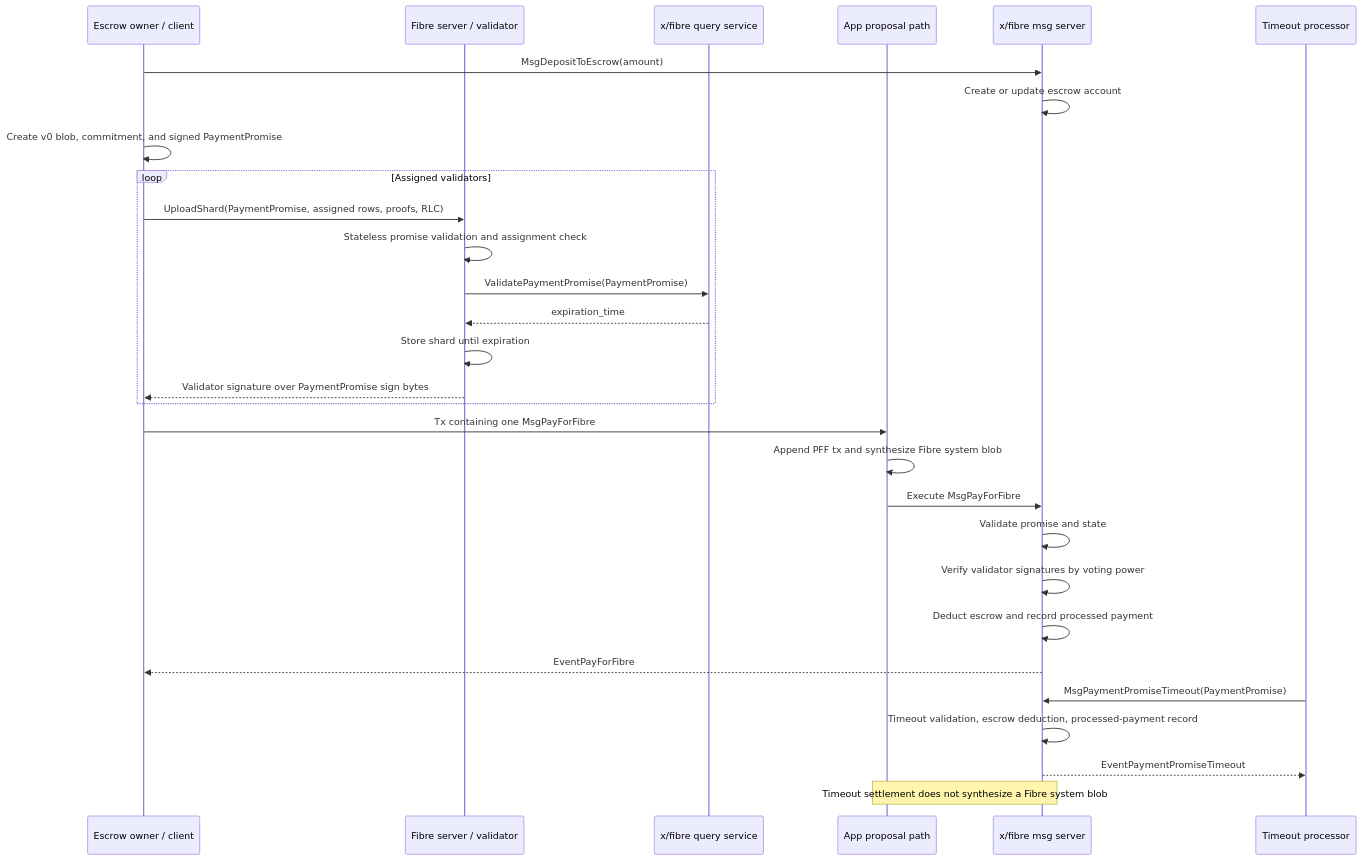
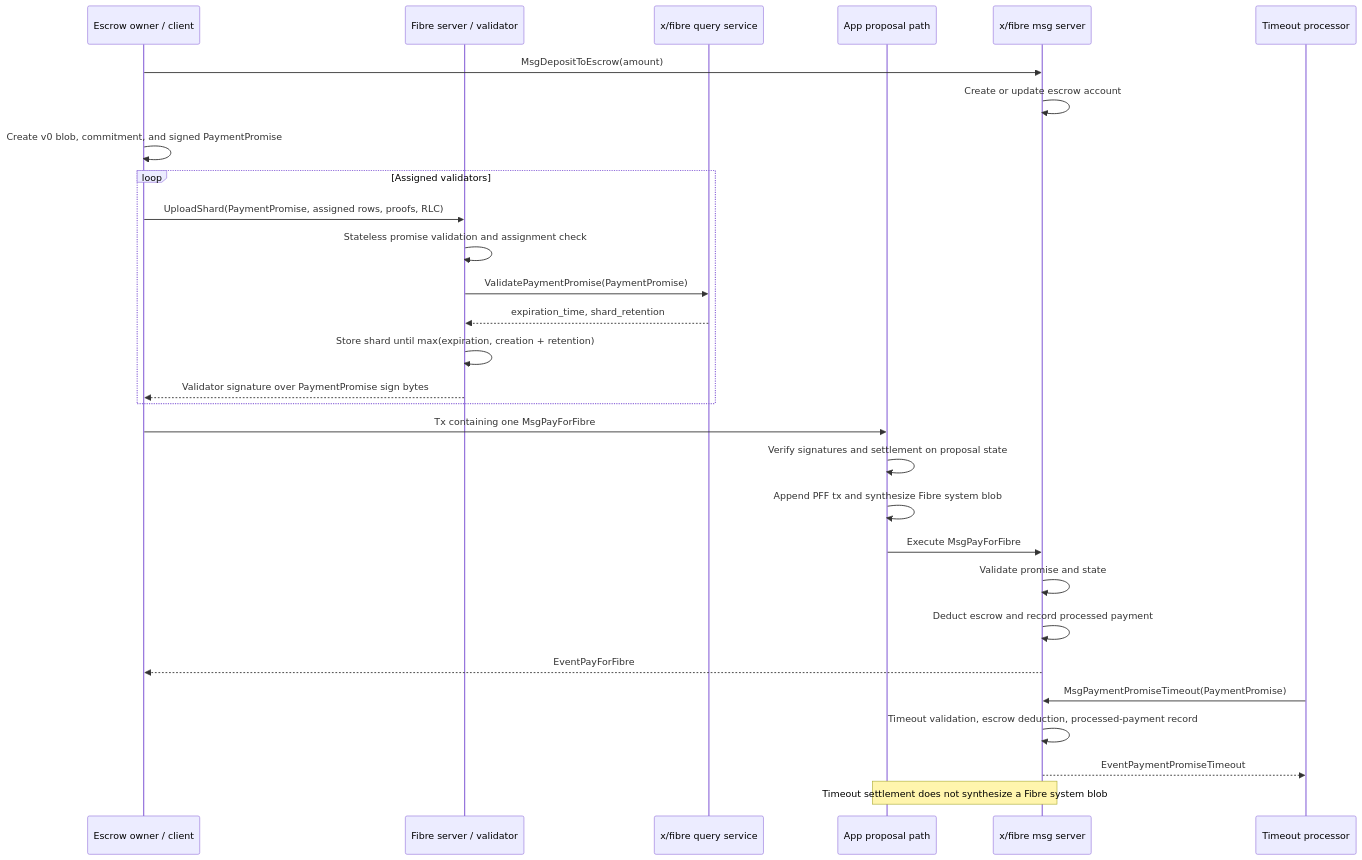
Before and after one commit to celestiaorg/celestia-app: the first of 2 diagrams in specs/src/fibre_module.md, drawn with Mermaid. The commit also changed other lines of this file and 9 other files, not shown here.

````diff
--- a/specs/src/fibre_module.md
+++ b/specs/src/fibre_module.md
@@ -20,35 +20,35 @@
 ```mermaid
 sequenceDiagram
     participant C as Escrow owner / client
     participant FS as Fibre server / validator
     participant Q as x/fibre query service
     participant A as App proposal path
     participant M as x/fibre msg server
     participant P as Timeout processor
 
     C->>M: MsgDepositToEscrow(amount)
     M->>M: Create or update escrow account
 
     C->>C: Create v0 blob, commitment, and signed PaymentPromise
     loop Assigned validators
         C->>FS: UploadShard(PaymentPromise, assigned rows, proofs, RLC)
         FS->>FS: Stateless promise validation and assignment check
         FS->>Q: ValidatePaymentPromise(PaymentPromise)
-        Q-->>FS: expiration_time
-        FS->>FS: Store shard until expiration
+        Q-->>FS: expiration_time, shard_retention
+        FS->>FS: Store shard until max(expiration, creation + retention)
         FS-->>C: Validator signature over PaymentPromise sign bytes
     end
 
     C->>A: Tx containing one MsgPayForFibre
+    A->>A: Verify signatures and settlement on proposal state
     A->>A: Append PFF tx and synthesize Fibre system blob
     A->>M: Execute MsgPayForFibre
     M->>M: Validate promise and state
-    M->>M: Verify validator signatures by voting power
     M->>M: Deduct escrow and record processed payment
     M-->>C: EventPayForFibre
 
     P->>M: MsgPaymentPromiseTimeout(PaymentPromise)
     M->>M: Timeout validation, escrow deduction, processed-payment record
     M-->>P: EventPaymentPromiseTimeout
     Note over M,A: Timeout settlement does not synthesize a Fibre system blob
 ```
````
